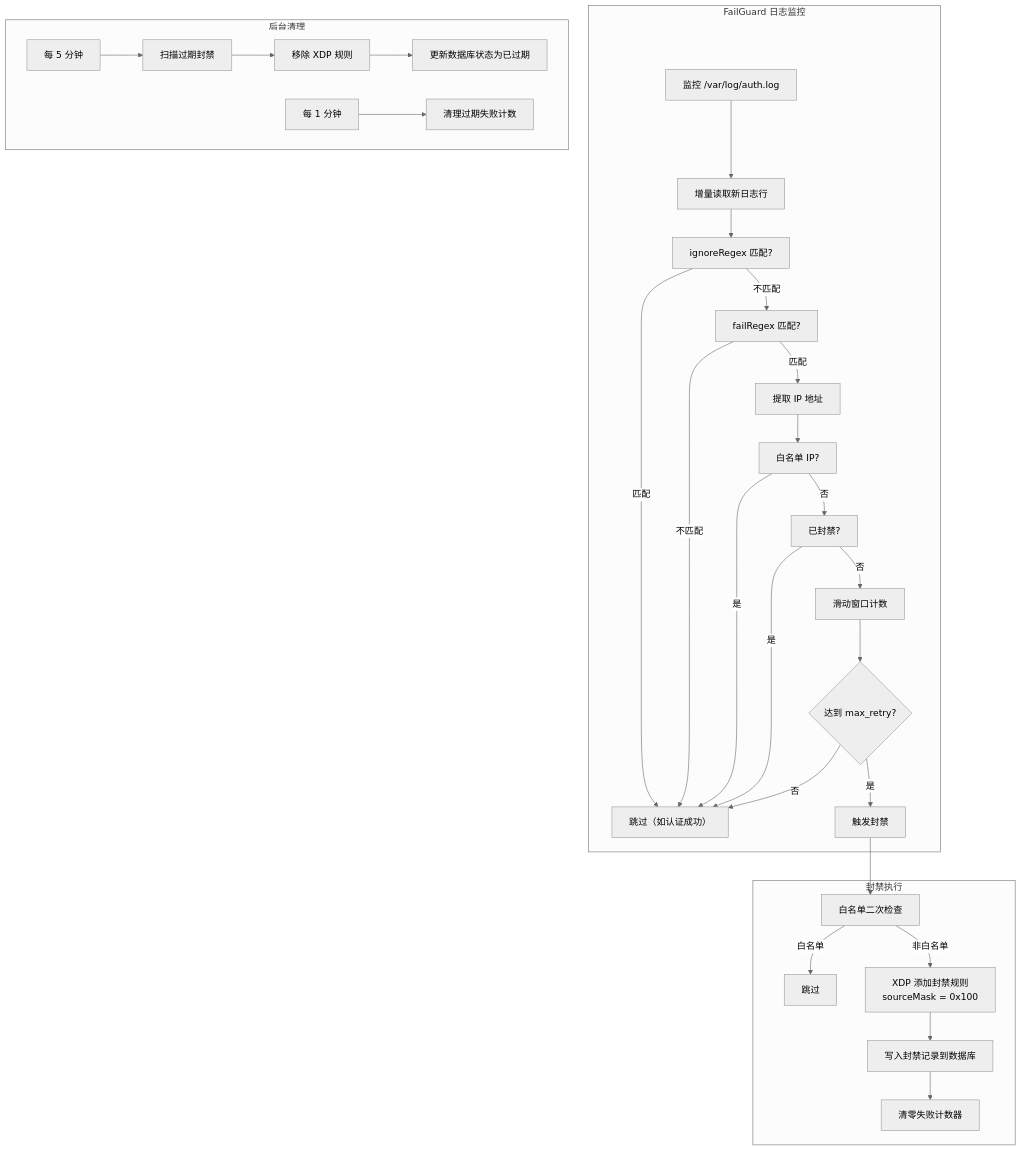
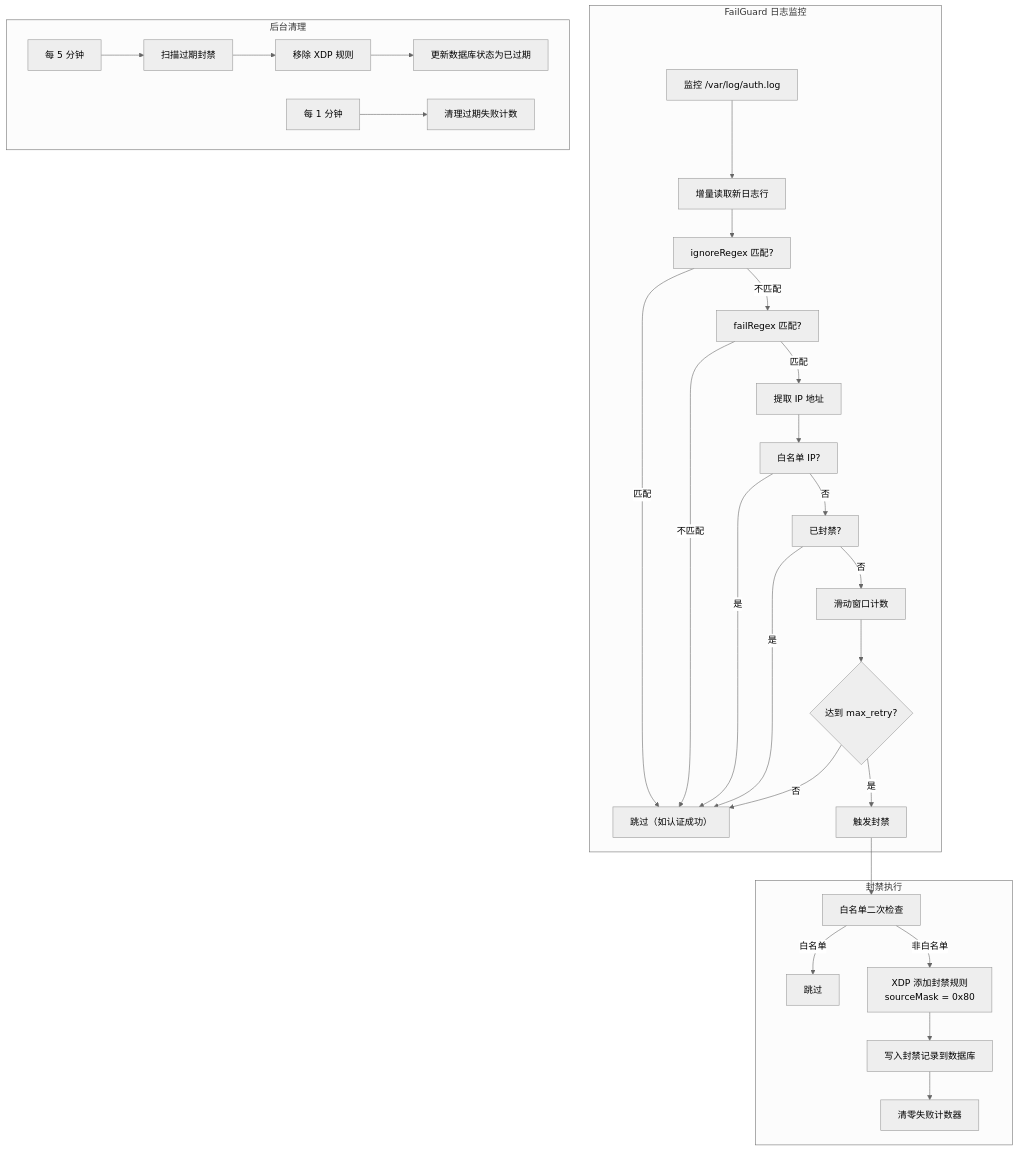
One commit to LingJianCode/rho-aias-doc changed the diagram in docs/guide/failguard.md. Above: the diagram before and after it, drawn with Mermaid (neutral theme). The commit also changed other lines of this file and 3 other files, not shown here.

````diff
--- a/docs/guide/failguard.md
+++ b/docs/guide/failguard.md
@@ -7,34 +7,34 @@
 ```mermaid
 flowchart TB
     subgraph Monitor["FailGuard 日志监控"]
         A["监控 /var/log/auth.log"] --> B["增量读取新日志行"]
         B --> C["ignoreRegex 匹配?"]
         C -->|匹配| D["跳过（如认证成功）"]
         C -->|不匹配| E["failRegex 匹配?"]
         E -->|不匹配| D
         E -->|匹配| F["提取 IP 地址"]
         F --> G["白名单 IP?"]
         G -->|是| D
         G -->|否| H["已封禁?"]
         H -->|是| D
         H -->|否| I["滑动窗口计数"]
         I --> J{达到 max_retry?}
         J -->|否| D
         J -->|是| K["触发封禁"]
     end
 
     subgraph Ban["封禁执行"]
         K --> L["白名单二次检查"]
         L -->|白名单| M["跳过"]
-        L -->|非白名单| N["XDP 添加封禁规则<br/>sourceMask = 0x100"]
+        L -->|非白名单| N["XDP 添加封禁规则<br/>sourceMask = 0x80"]
         N --> O["写入封禁记录到数据库"]
         O --> P["清零失败计数器"]
     end
 
     subgraph Cleanup["后台清理"]
         Q["每 5 分钟"] --> R["扫描过期封禁"]
         R --> S["移除 XDP 规则"]
         S --> T["更新数据库状态为已过期"]
         U["每 1 分钟"] --> V["清理过期失败计数"]
     end
 ```
````
